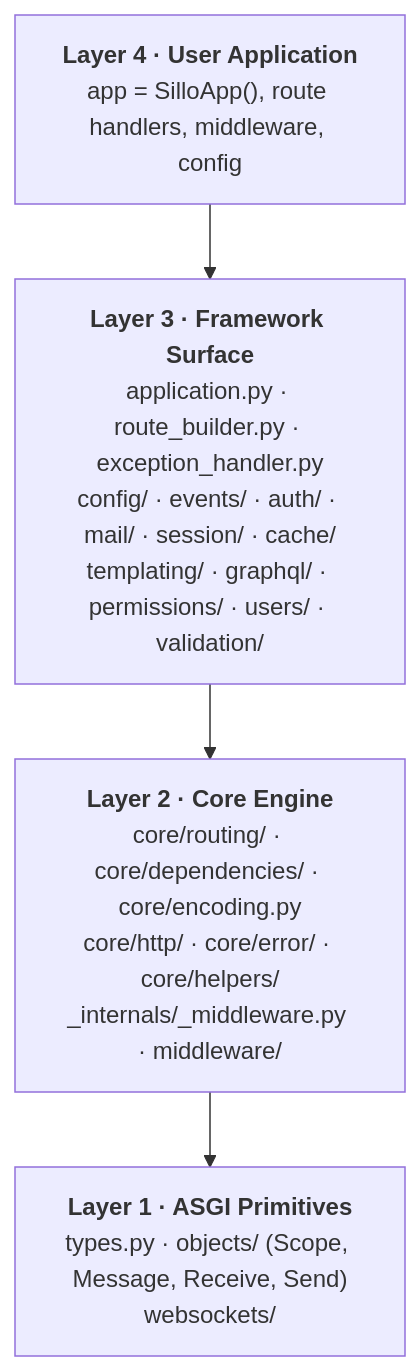
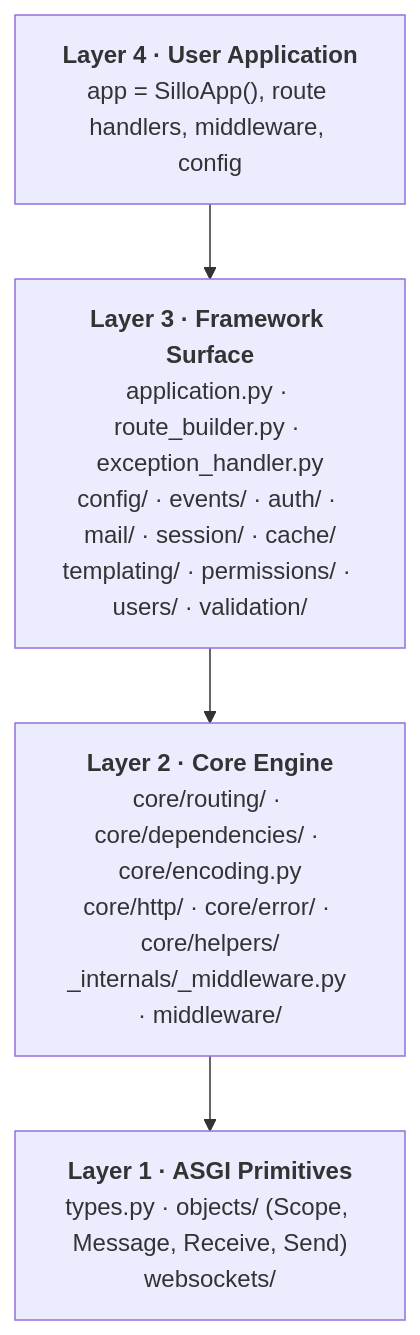
Before and after one commit to sillohq/core: the first of 7 diagrams in docs/docs/src/content/docs/v1.0/advanced/architecture-overview.md, drawn with Mermaid. The commit also changed other lines of this file and 2 other files, not shown here.

First line of the commit message:
docs(v1.0): the GraphQL guide follows the module out

````diff
--- a/docs/docs/src/content/docs/v1.0/advanced/architecture-overview.md
+++ b/docs/docs/src/content/docs/v1.0/advanced/architecture-overview.md
@@ -14,9 +14,9 @@
 ```mermaid
 graph TD
     L4["<b>Layer 4 · User Application</b><br/>app = SilloApp(), route handlers, middleware, config"]
-    L3["<b>Layer 3 · Framework Surface</b><br/>application.py · route_builder.py · exception_handler.py<br/>config/ · events/ · auth/ · mail/ · session/ · cache/<br/>templating/ · graphql/ · permissions/ · users/ · validation/"]
+    L3["<b>Layer 3 · Framework Surface</b><br/>application.py · route_builder.py · exception_handler.py<br/>config/ · events/ · auth/ · mail/ · session/ · cache/<br/>templating/ · permissions/ · users/ · validation/"]
     L2["<b>Layer 2 · Core Engine</b><br/>core/routing/ · core/dependencies/ · core/encoding.py<br/>core/http/ · core/error/ · core/helpers/<br/>_internals/_middleware.py · middleware/"]
     L1["<b>Layer 1 · ASGI Primitives</b><br/>types.py · objects/ (Scope, Message, Receive, Send)<br/>websockets/"]
 
     L4 --> L3 --> L2 --> L1
 ```
````
